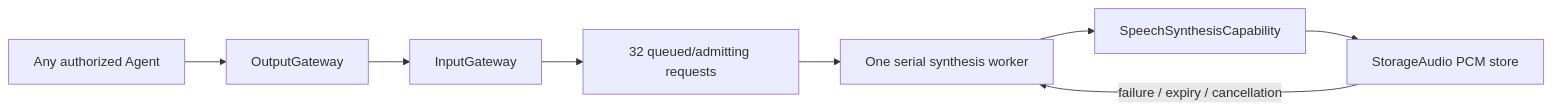
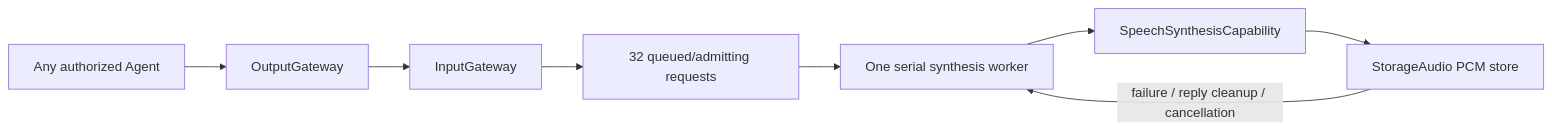
The diagram in MobileHarness/Agents/SpeechSynthesis/README.md (devilyouwei/MobileHarness), drawn with Mermaid before and after one commit. The commit also changed other lines of this file and 118 other files, not shown here.

````diff
--- a/MobileHarness/Agents/SpeechSynthesis/README.md
+++ b/MobileHarness/Agents/SpeechSynthesis/README.md
@@ -5,10 +5,10 @@
 ```mermaid
 flowchart LR
     Source[Any authorized Agent] --> OG[OutputGateway]
     OG --> IG[InputGateway]
     IG --> Inbox[32 queued/admitting requests]
     Inbox --> Worker[One serial synthesis worker]
     Worker --> Model[SpeechSynthesisCapability]
     Model --> Store[StorageAudio PCM store]
-    Store -->|failure / expiry / cancellation| Worker
+    Store -->|failure / reply cleanup / cancellation| Worker
 ```
````
